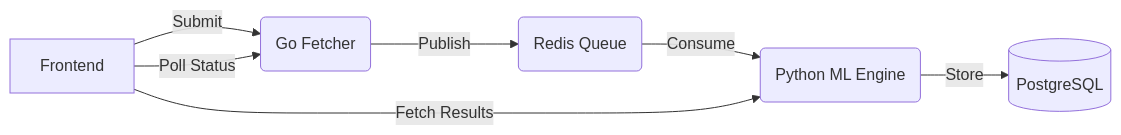
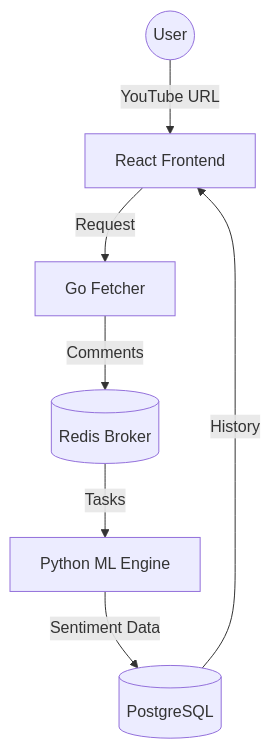
Before and after one commit to DaffMe/NeuroTube: the diagram in README.md, drawn with Mermaid. The commit also changed other lines of this file, not shown here.

````diff
--- a/README.md
+++ b/README.md
@@ -77,9 +27,9 @@
 ```mermaid
-graph LR
-    A[Frontend] -->|Submit| B(Go Fetcher)
-    B -->|Publish| C(Redis Queue)
-    C -->|Consume| D(Python ML Engine)
-    D -->|Store| E[(PostgreSQL)]
-    A -->|Poll Status| B
-    A -->|Fetch Results| D
+graph TD
+    User((User)) -->|YouTube URL| Frontend[React Frontend]
+    Frontend -->|Request| Fetcher[Go Fetcher]
+    Fetcher -->|Comments| Redis[(Redis Broker)]
+    Redis -->|Tasks| MLEngine[Python ML Engine]
+    MLEngine -->|Sentiment Data| DB[(PostgreSQL)]
+    DB -->|History| Frontend
 ```
````
